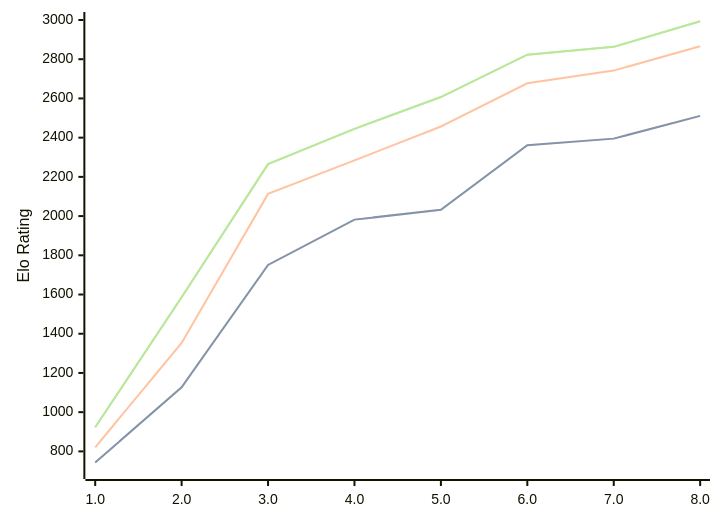
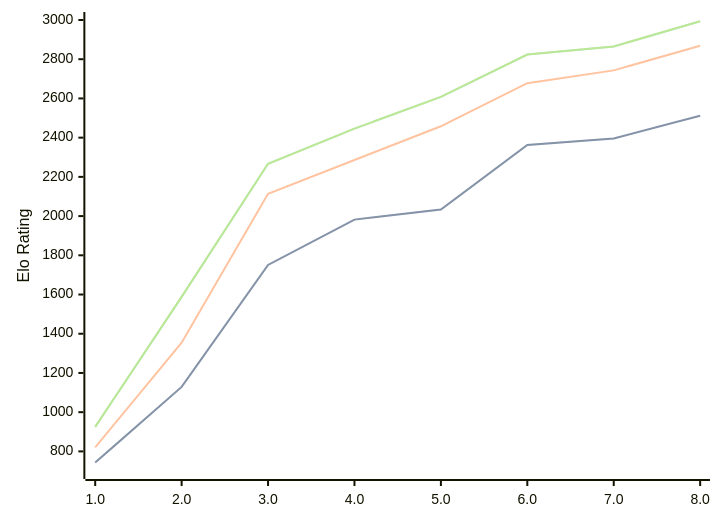
The diagram in engines/Pea.md (computer-chess-index/cci), drawn with Mermaid before and after one commit. The commit also changed other lines of this file, not shown here.

Commit message:
Update CCI Ratings (ELO VLTC) - 2026-05-16

````diff
--- a/engines/Pea.md
+++ b/engines/Pea.md
@@ -38,11 +38,11 @@
 ```mermaid
 %%{init: {"theme":"base","themeVariables":{"seriesColors:['#a3a3a3','#222221','#faa371']}}}%%
 xychart-beta
   x-axis ["1.0", "2.0", "3.0", "4.0", "5.0", "6.0", "7.0", "8.0"]
   y-axis "Elo Rating" 700 --> 3000
-  line "STC (8.0+0.08s)" [743, 1127, 1751, 1982, 2032, 2361, 2395, 2511]
-  line "STC (8.0+0.08s)" [743, 1127, 1751, 1982, 2032, 2361, 2395, 2511]
-  line "LTC (60.0+0.60s)" [821, 1353, 2113, 2284, 2457, 2677, 2742, 2866]
-  line "VLTC (2m24s+1.12s)" [923, 1586, 2265, 2445, 2607, 2823, 2863, 2994]
-  line "VLTC (2m24s+1.12s)" [923, 1586, 2265, 2445, 2607, 2823, 2863, 2994]
+  line "STC (8.0+0.08s)" [743, 1129, 1751, 1982, 2033, 2363, 2396, 2512]
+  line "STC (8.0+0.08s)" [743, 1129, 1751, 1982, 2033, 2363, 2396, 2512]
+  line "LTC (60.0+0.60s)" [821, 1354, 2114, 2286, 2458, 2678, 2743, 2869]
+  line "VLTC (2m24s+1.12s)" [925, 1588, 2267, 2446, 2608, 2824, 2865, 2994]
+  line "VLTC (2m24s+1.12s)" [925, 1588, 2267, 2446, 2608, 2824, 2865, 2994]
 ```
````
